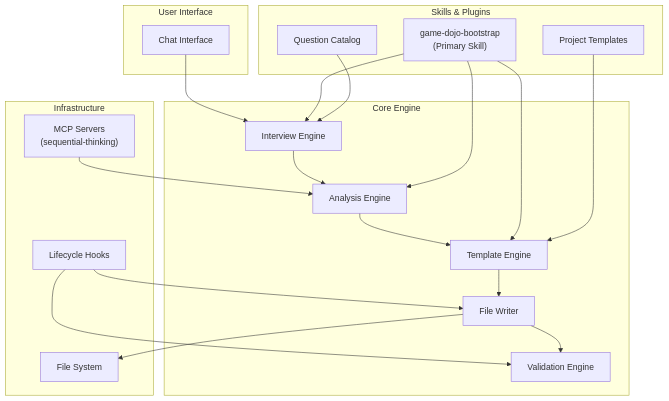
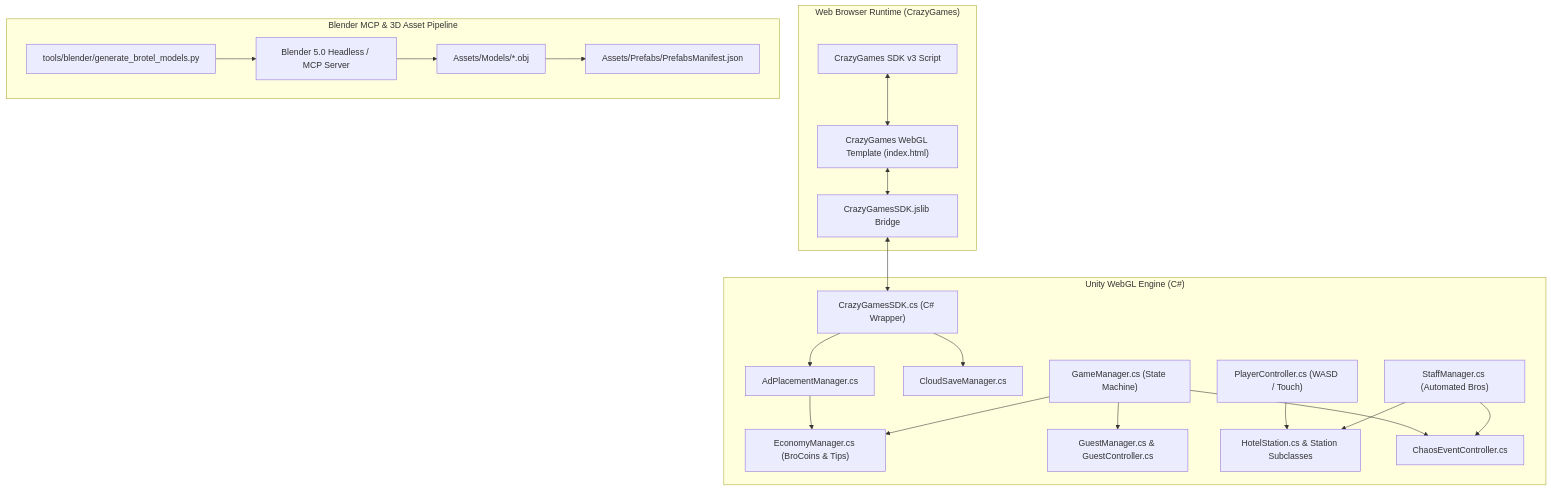
One commit to vinodkrishna221/Game-Dojo changed the first of 2 diagrams in docs/ARCHITECTURE.md. Above: the diagram before and after it, drawn with Mermaid. The commit also changed other lines of this file and 45 other files, not shown here.

Commit message:
feat(core): initialize PRD, frozen contracts, .ai-team orchestration, and workspace rules for BroTel

````diff
--- a/docs/ARCHITECTURE.md
+++ b/docs/ARCHITECTURE.md
@@ -35,42 +7,48 @@
 ```mermaid
 flowchart TD
-    subgraph UserLayer["User Interface"]
-        UI["Chat Interface"]
+    subgraph Browser ["Web Browser Runtime (CrazyGames)"]
+        CG_SDK["CrazyGames SDK v3 Script"]
+        HTML_Template["CrazyGames WebGL Template (index.html)"]
+        JSLib_Bridge["CrazyGamesSDK.jslib Bridge"]
     end
 
-    subgraph CoreEngine["Core Engine"]
-        IE["Interview Engine"]
-        AE["Analysis Engine"]
-        TE["Template Engine"]
-        FW["File Writer"]
-        VE["Validation Engine"]
+    subgraph Unity ["Unity WebGL Engine (C#)"]
+        CG_Manager["CrazyGamesSDK.cs (C# Wrapper)"]
+        Ad_Placements["AdPlacementManager.cs"]
+        Cloud_Save["CloudSaveManager.cs"]
+        
+        Game_Manager["GameManager.cs (State Machine)"]
+        Economy["EconomyManager.cs (BroCoins & Tips)"]
+        
+        Player_Ctrl["PlayerController.cs (WASD / Touch)"]
+        Guest_Mgr["GuestManager.cs & GuestController.cs"]
+        Stations["HotelStation.cs & Station Subclasses"]
+        Chaos["ChaosEventController.cs"]
+        Staff["StaffManager.cs (Automated Bros)"]
     end
 
-    subgraph SkillLayer["Skills & Plugins"]
-        BS["game-dojo-bootstrap\n(Primary Skill)"]
-        PT["Project Templates"]
-        QC["Question Catalog"]
+    subgraph Assets_Pipeline ["Blender MCP & 3D Asset Pipeline"]
+        Blender_Script["tools/blender/generate_brotel_models.py"]
+        Blender_MCP["Blender 5.0 Headless / MCP Server"]
+        Models["Assets/Models/*.obj"]
+        Prefabs["Assets/Prefabs/PrefabsManifest.json"]
     end
 
-    subgraph InfraLayer["Infrastructure"]
-        MCP["MCP Servers\n(sequential-thinking)"]
-        FS["File System"]
-        HK["Lifecycle Hooks"]
-    end
+    CG_SDK <--> HTML_Template
+    HTML_Template <--> JSLib_Bridge
+    JSLib_Bridge <--> CG_Manager
+    CG_Manager --> Ad_Placements
+    CG_Manager --> Cloud_Save
 
-    UI --> IE
-    IE --> AE
-    AE --> TE
-    TE --> FW
-    FW --> VE
+    Ad_Placements --> Economy
+    Game_Manager --> Economy
+    Game_Manager --> Guest_Mgr
+    Game_Manager --> Chaos
+    Player_Ctrl --> Stations
+    Staff --> Stations
+    Staff --> Chaos
 
-    BS --> IE
-    BS --> AE
-    BS --> TE
-    QC --> IE
-    PT --> TE
-    MCP --> AE
-    FW --> FS
-    HK --> FW
-    HK --> VE
+    Blender_Script --> Blender_MCP
+    Blender_MCP --> Models
+    Models --> Prefabs
 ```
````
